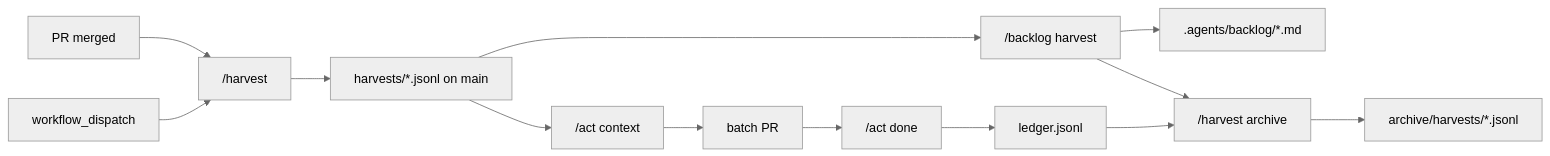
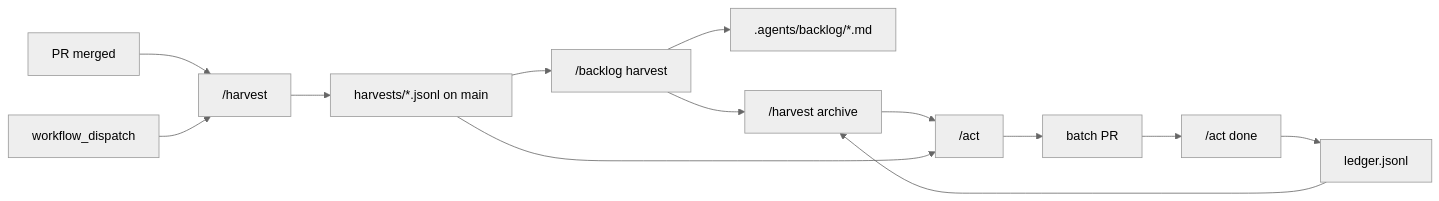
The diagram in .agents/skills/harvest/SKILL.md (ThePlenkov/openadt), drawn with Mermaid (neutral theme) before and after one commit. The commit also changed 15 other files, not shown here.

````diff
--- a/.agents/skills/harvest/SKILL.md
+++ b/.agents/skills/harvest/SKILL.md
@@ -122,15 +122,15 @@
 ```mermaid
 flowchart LR
   M[PR merged] --> H["/harvest"]
   D[workflow_dispatch] --> H
   H --> F[harvests/*.jsonl on main]
   F --> B["/backlog harvest"]
   B --> BL[.agents/backlog/*.md]
   B --> S["/harvest archive"]
-  S --> AR[archive/harvests/*.jsonl]
-  F --> Act["/act context"]
-  Act --> P[batch PR]
+  S --> A[archive/harvests/*.jsonl]
+  F --> A["/act <context>"]
+  A --> P[batch PR]
   P --> R["/act done"]
   R --> L[ledger.jsonl]
   L --> S
 ```
````
